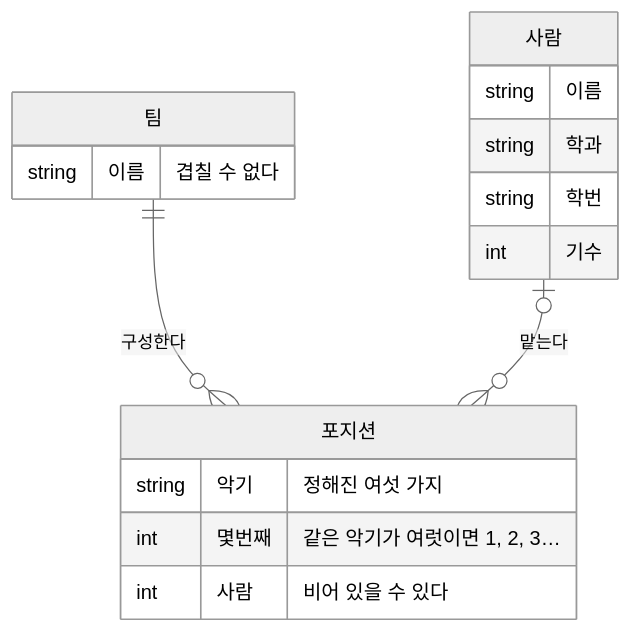
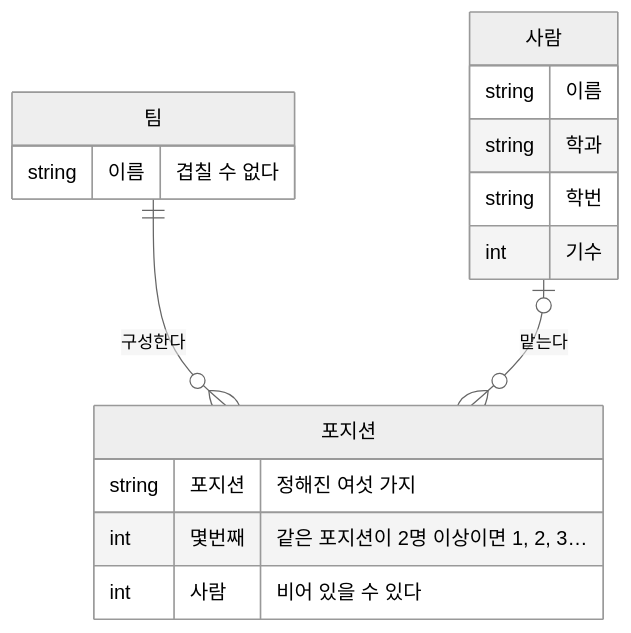
The diagram in .cluedoc/teams/README.md (minkong-dev/Banblit), drawn with Mermaid (neutral theme) before and after one commit. The commit also changed other lines of this file and 190 other files, not shown here.

````diff
--- a/.cluedoc/teams/README.md
+++ b/.cluedoc/teams/README.md
@@ -18,19 +18,19 @@
 ```mermaid
 erDiagram
     팀 ||--o{ 포지션 : "구성한다"
     사람 |o--o{ 포지션 : "맡는다"
     팀 {
         string 이름 "겹칠 수 없다"
     }
     포지션 {
-        string 악기 "정해진 여섯 가지"
-        int 몇번째 "같은 악기가 여럿이면 1, 2, 3…"
+        string 포지션 "정해진 여섯 가지"
+        int 몇번째 "같은 포지션이 2명 이상이면 1, 2, 3…"
         int 사람 "비어 있을 수 있다"
     }
     사람 {
         string 이름
         string 학과
         string 학번
         int 기수
     }
 ```
````
